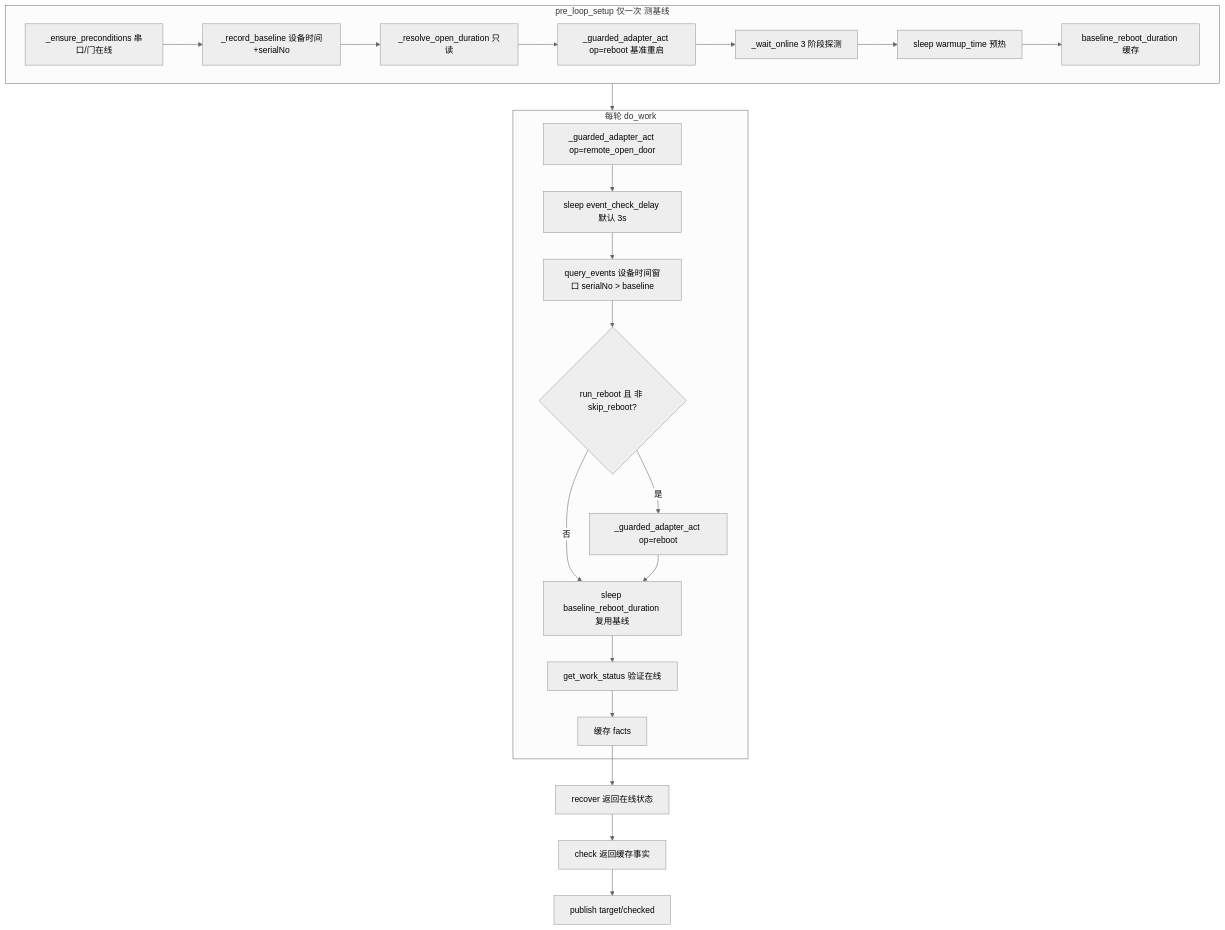
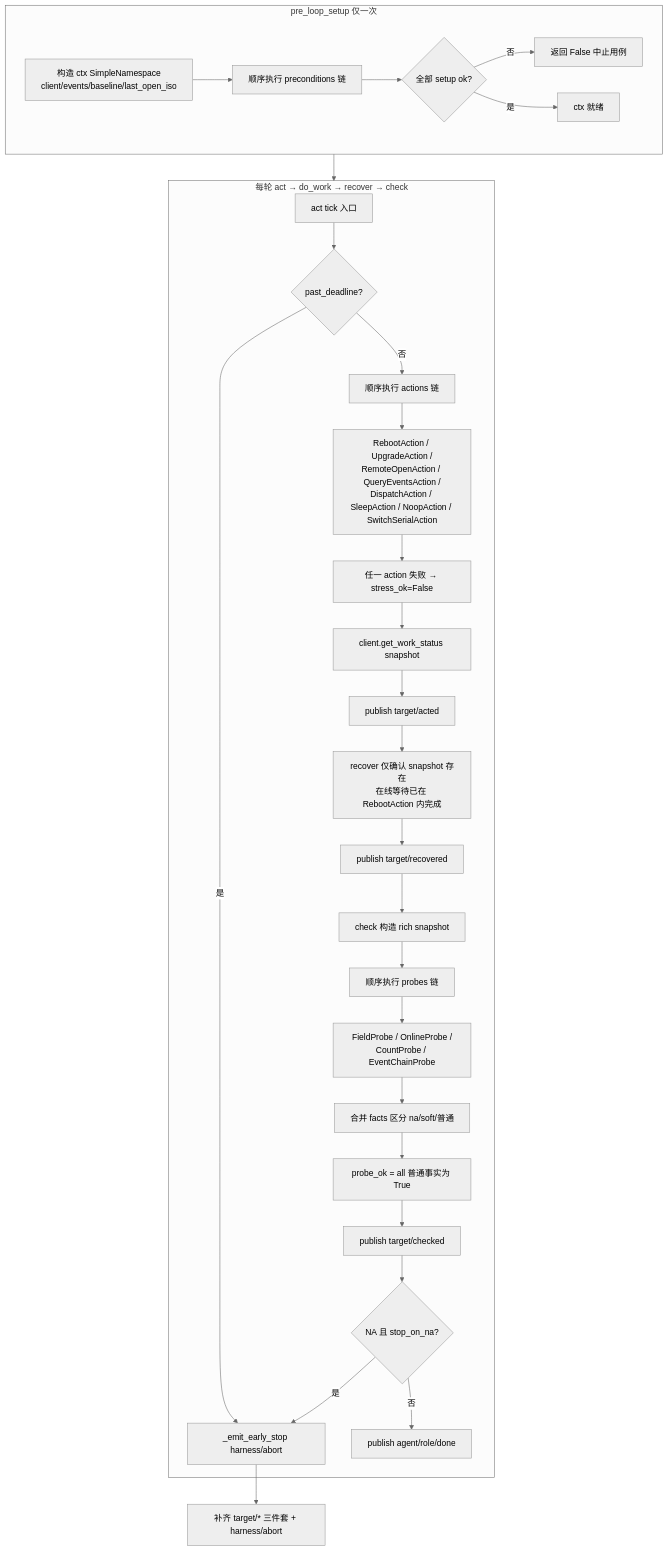
Before and after one commit to sunbos/stability-check: the ninth of 9 diagrams in docs/plans/事件链索引.md, drawn with Mermaid (neutral theme). The commit also changed other lines of this file and 6 other files, not shown here.

````diff
--- a/docs/plans/事件链索引.md
+++ b/docs/plans/事件链索引.md
@@ -281,27 +289,33 @@
 ```mermaid
 flowchart TD
-    subgraph SETUP[pre_loop_setup 仅一次 测基线]
-        S0[_ensure_preconditions 串口/门在线] --> S1[_record_baseline 设备时间+serialNo]
-        S1 --> S2[_resolve_open_duration 只读]
-        S2 --> S3[_guarded_adapter_act op=reboot 基准重启]
-        S3 --> S4[_wait_online 3 阶段探测]
-        S4 --> S5[sleep warmup_time 预热]
-        S5 --> S6[baseline_reboot_duration 缓存]
+    subgraph SETUP[pre_loop_setup 仅一次]
+        S0[构造 ctx SimpleNamespace<br/>client/events/baseline/last_open_iso] --> S1[顺序执行 preconditions 链]
+        S1 --> S2{全部 setup ok?}
+        S2 -->|否| S3[返回 False 中止用例]
+        S2 -->|是| S4[ctx 就绪]
     end
 
-    subgraph ROUND[每轮 do_work]
-        R1[_guarded_adapter_act op=remote_open_door] --> R2[sleep event_check_delay 默认 3s]
-        R2 --> R3[query_events 设备时间窗口 serialNo > baseline]
-        R3 --> R4{run_reboot 且 非 skip_reboot?}
-        R4 -->|是| R5[_guarded_adapter_act op=reboot]
-        R4 -->|否| R6
-        R5 --> R6[sleep baseline_reboot_duration 复用基线]
-        R6 --> R7[get_work_status 验证在线]
-        R7 --> R8[缓存 facts]
+    subgraph ROUND[每轮 act → do_work → recover → check]
+        R0[act tick 入口] --> R1{past_deadline?}
+        R1 -->|是| ES[_emit_early_stop harness/abort]
+        R1 -->|否| R2[顺序执行 actions 链]
+        R2 --> R2A[RebootAction / UpgradeAction /<br/>RemoteOpenAction / QueryEventsAction /<br/>DispatchAction / SleepAction / NoopAction / SwitchSerialAction]
+        R2A --> R3[任一 action 失败 → stress_ok=False]
+        R3 --> R4[client.get_work_status snapshot]
+        R4 --> R5[publish target/acted]
+        R5 --> R6[recover 仅确认 snapshot 存在<br/>在线等待已在 RebootAction 内完成]
+        R6 --> R7[publish target/recovered]
+        R7 --> R8[check 构造 rich snapshot]
+        R8 --> R9[顺序执行 probes 链]
+        R9 --> R9A[FieldProbe / OnlineProbe /<br/>CountProbe / EventChainProbe]
+        R9A --> R10[合并 facts 区分 na/soft/普通]
+        R10 --> R11[probe_ok = all 普通事实为 True]
+        R11 --> R12[publish target/checked]
+        R12 --> R13{NA 且 stop_on_na?}
+        R13 -->|是| ES
+        R13 -->|否| R14[publish agent/role/done]
     end
 
     SETUP --> ROUND
-    R8 --> RC[recover 返回在线状态]
-    RC --> CK[check 返回缓存事实]
-    CK --> PC[publish target/checked]
+    ES --> ESA[补齐 target/* 三件套 + harness/abort]
 ```
````
